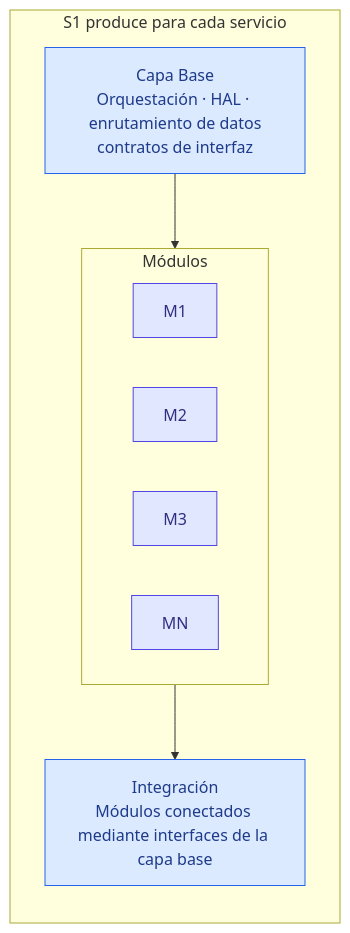
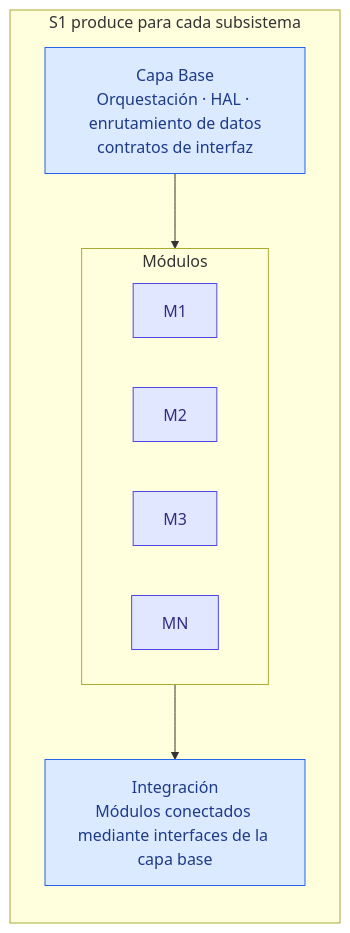
One commit to dramirezbe/codeanvil-gcpds changed the sixth of 11 diagrams in methodology/V-SIL-v3/V-SIL_v3-spa.md. Above: the diagram before and after it, drawn with Mermaid. The commit also changed other lines of this file and 30 other files, not shown here.

````diff
--- a/methodology/V-SIL-v3/V-SIL_v3-spa.md
+++ b/methodology/V-SIL-v3/V-SIL_v3-spa.md
@@ -179,21 +179,21 @@
 ```mermaid
 flowchart TD
     classDef base fill:#dbeafe,stroke:#2563eb,color:#1e3a8a
     classDef mod fill:#e0e7ff,stroke:#4f46e5,color:#312e81
     classDef integ fill:#dbeafe,stroke:#2563eb,color:#1e3a8a
 
-    subgraph ARCH["S1 produce para cada servicio"]
+    subgraph ARCH["S1 produce para cada subsistema"]
         direction TD
         BASE["Capa Base<br/>Orquestación · HAL · enrutamiento de datos<br/>contratos de interfaz"]:::base
         subgraph MODS["Módulos"]
             direction LR
             M1["M1"]:::mod
             M2["M2"]:::mod
             M3["M3"]:::mod
             MN["MN"]:::mod
         end
         INT["Integración<br/>Módulos conectados mediante interfaces de la capa base"]:::integ
     end
 
     BASE --> MODS --> INT
 ```
````
